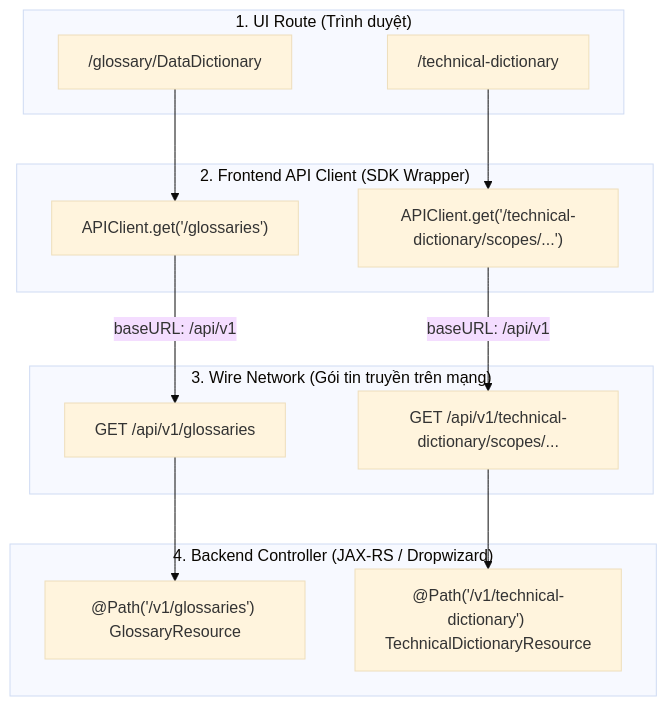
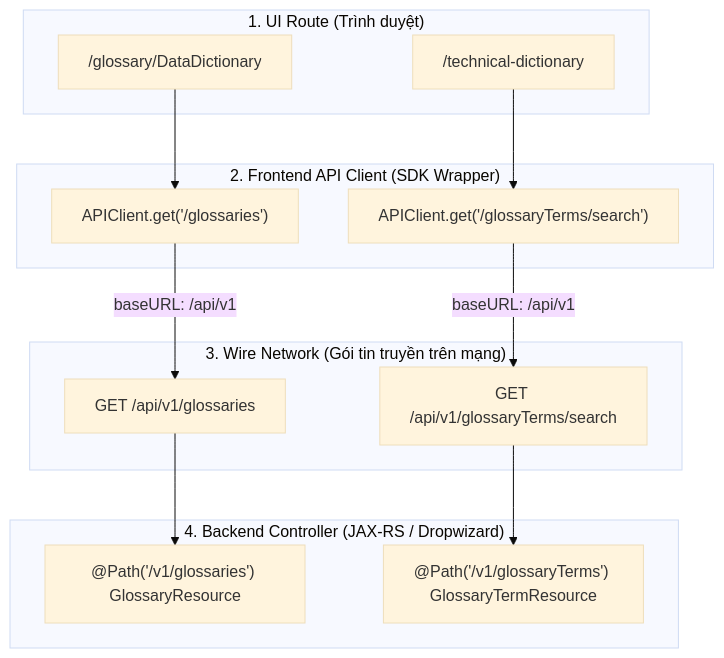
The first of 2 diagrams in docs/api/openmetadata-governed-api-specification.md (dinhphu2k1-gif/OpenMetadata), drawn with Mermaid (base theme) before and after one commit. The commit also changed other lines of this file and 2 other files, not shown here.

First line of the commit message:
docs: align Technical Dictionary API spec and design with implementation

````diff
--- a/docs/api/openmetadata-governed-api-specification.md
+++ b/docs/api/openmetadata-governed-api-specification.md
@@ -41,26 +41,26 @@
 ```mermaid
 flowchart TD
     subgraph Layer1["1. UI Route (Trình duyệt)"]
         UI1["/glossary/DataDictionary"]
         UI2["/technical-dictionary"]
     end
     subgraph Layer2["2. Frontend API Client (SDK Wrapper)"]
         CLI1["APIClient.get('/glossaries')"]
-        CLI2["APIClient.get('/technical-dictionary/scopes/...')"]
+        CLI2["APIClient.get('/glossaryTerms/search')"]
     end
     subgraph Layer3["3. Wire Network (Gói tin truyền trên mạng)"]
         NET1["GET /api/v1/glossaries"]
-        NET2["GET /api/v1/technical-dictionary/scopes/..."]
+        NET2["GET /api/v1/glossaryTerms/search"]
     end
     subgraph Layer4["4. Backend Controller (JAX-RS / Dropwizard)"]
         BE1["@Path('/v1/glossaries') GlossaryResource"]
-        BE2["@Path('/v1/technical-dictionary') TechnicalDictionaryResource"]
+        BE2["@Path('/v1/glossaryTerms') GlossaryTermResource"]
     end
 
     UI1 --> CLI1
     UI2 --> CLI2
     CLI1 -->|baseURL: /api/v1| NET1
     CLI2 -->|baseURL: /api/v1| NET2
     NET1 --> BE1
     NET2 --> BE2
 ```
````
